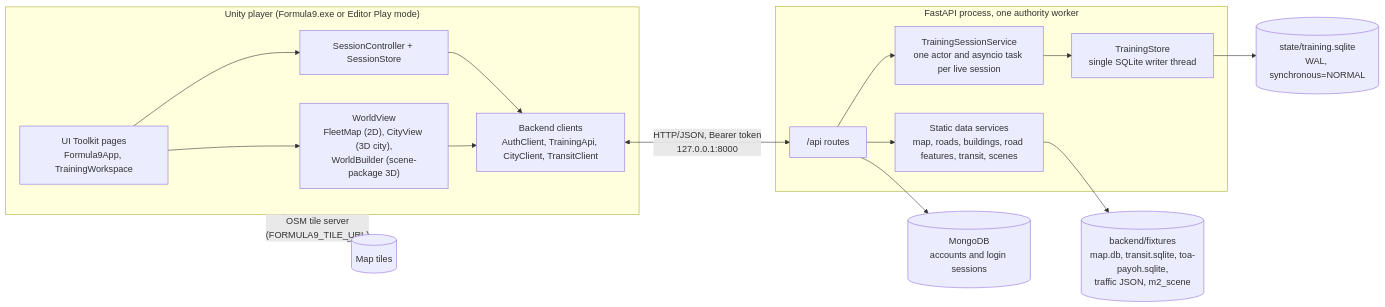
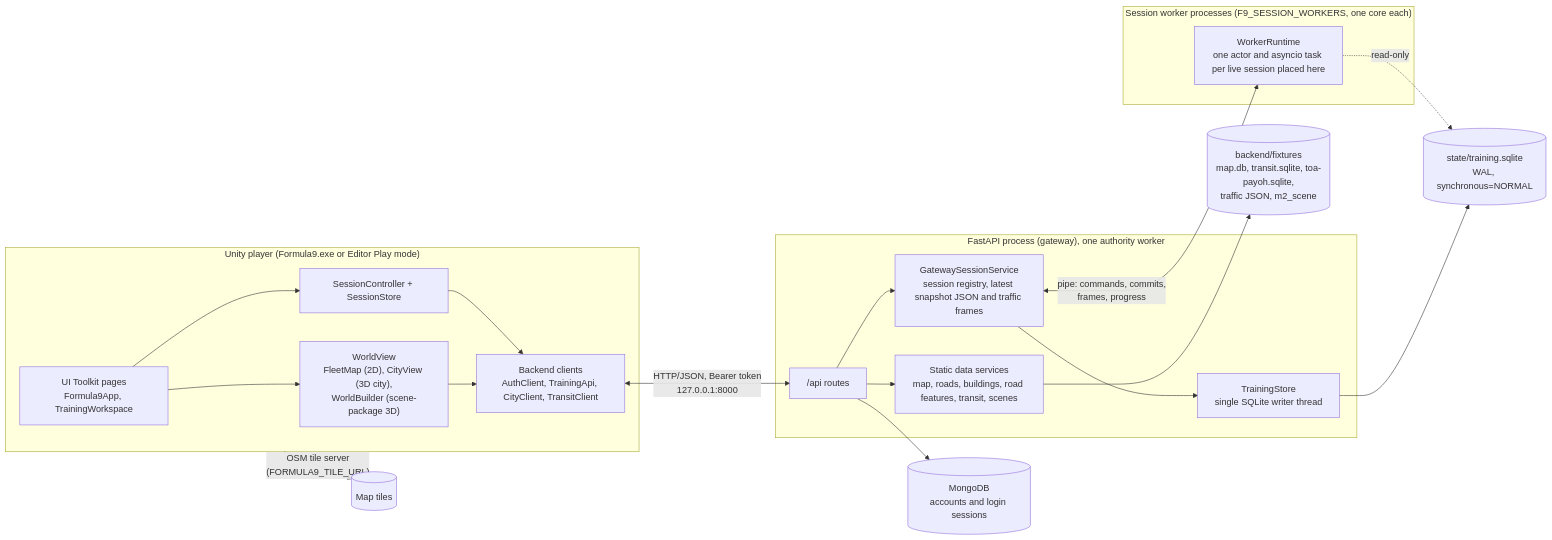
The diagram in docs/architecture.md (axewhy-xy/Formula9), drawn with Mermaid before and after one commit. The commit also changed other lines of this file and 14 other files, not shown here.

First line of the commit message:
Add multi-process session workers

````diff
--- a/docs/architecture.md
+++ b/docs/architecture.md
@@ -58,29 +58,36 @@
 ```mermaid
 flowchart LR
     subgraph Player["Unity player (Formula9.exe or Editor Play mode)"]
         UI["UI Toolkit pages<br/>Formula9App, TrainingWorkspace"]
         Ctrl["SessionController + SessionStore"]
         World["WorldView<br/>FleetMap (2D), CityView (3D city),<br/>WorldBuilder (scene-package 3D)"]
         Http["Backend clients<br/>AuthClient, TrainingApi, CityClient, TransitClient"]
         UI --> Ctrl
         UI --> World
         Ctrl --> Http
         World --> Http
     end
 
-    subgraph Server["FastAPI process, one authority worker"]
+    subgraph Server["FastAPI process (gateway), one authority worker"]
         API["/api routes"]
-        Svc["TrainingSessionService<br/>one actor and asyncio task per live session"]
+        Svc["GatewaySessionService<br/>session registry, latest snapshot JSON and traffic frames"]
         Store["TrainingStore<br/>single SQLite writer thread"]
         Static["Static data services<br/>map, roads, buildings, road features, transit, scenes"]
         API --> Svc
         Svc --> Store
         API --> Static
     end
 
+    subgraph Workers["Session worker processes (F9_SESSION_WORKERS, one core each)"]
+        Runtime["WorkerRuntime<br/>one actor and asyncio task per live session placed here"]
+    end
+
+    Svc <-->|"pipe: commands, commits,<br/>frames, progress"| Runtime
+    Runtime -.->|"read-only"| DB
+
     Http <-->|"HTTP/JSON, Bearer token<br/>127.0.0.1:8000"| API
     Store --> DB[("state/training.sqlite<br/>WAL, synchronous=NORMAL")]
     API --> Mongo[("MongoDB<br/>accounts and login sessions")]
     Static --> Fix[("backend/fixtures<br/>map.db, transit.sqlite, toa-payoh.sqlite,<br/>traffic JSON, m2_scene")]
     Player -.->|"OSM tile server<br/>(FORMULA9_TILE_URL)"| Tiles[("Map tiles")]
 ```
````
